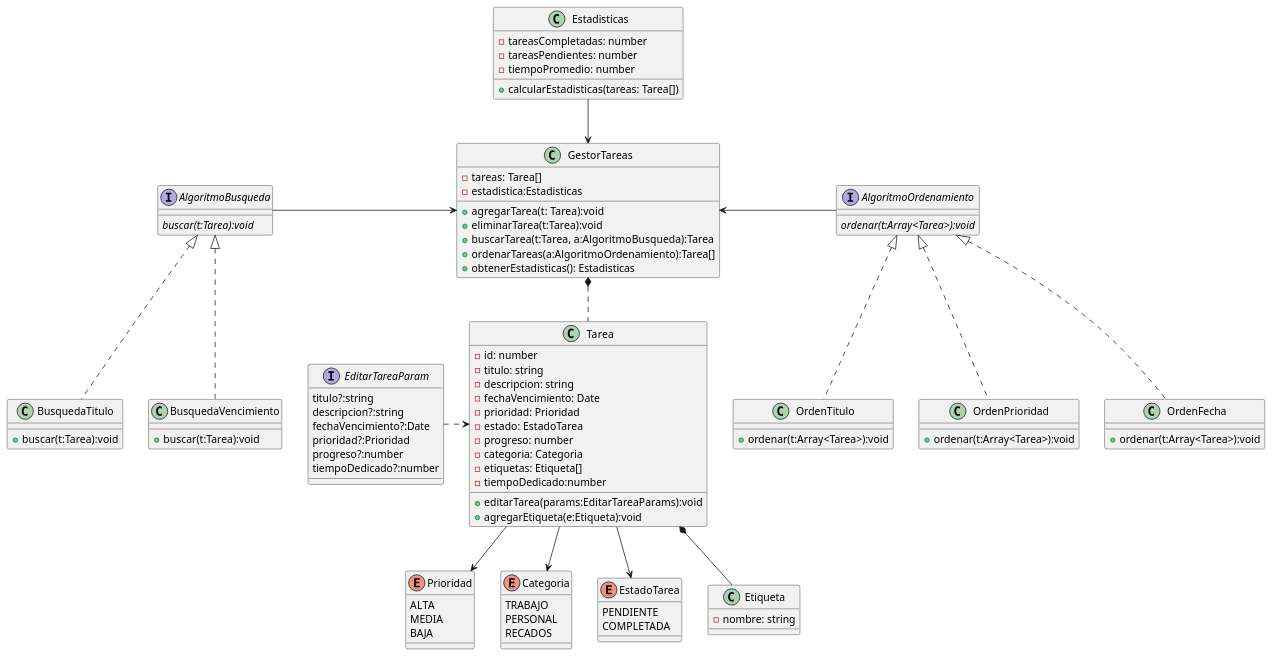
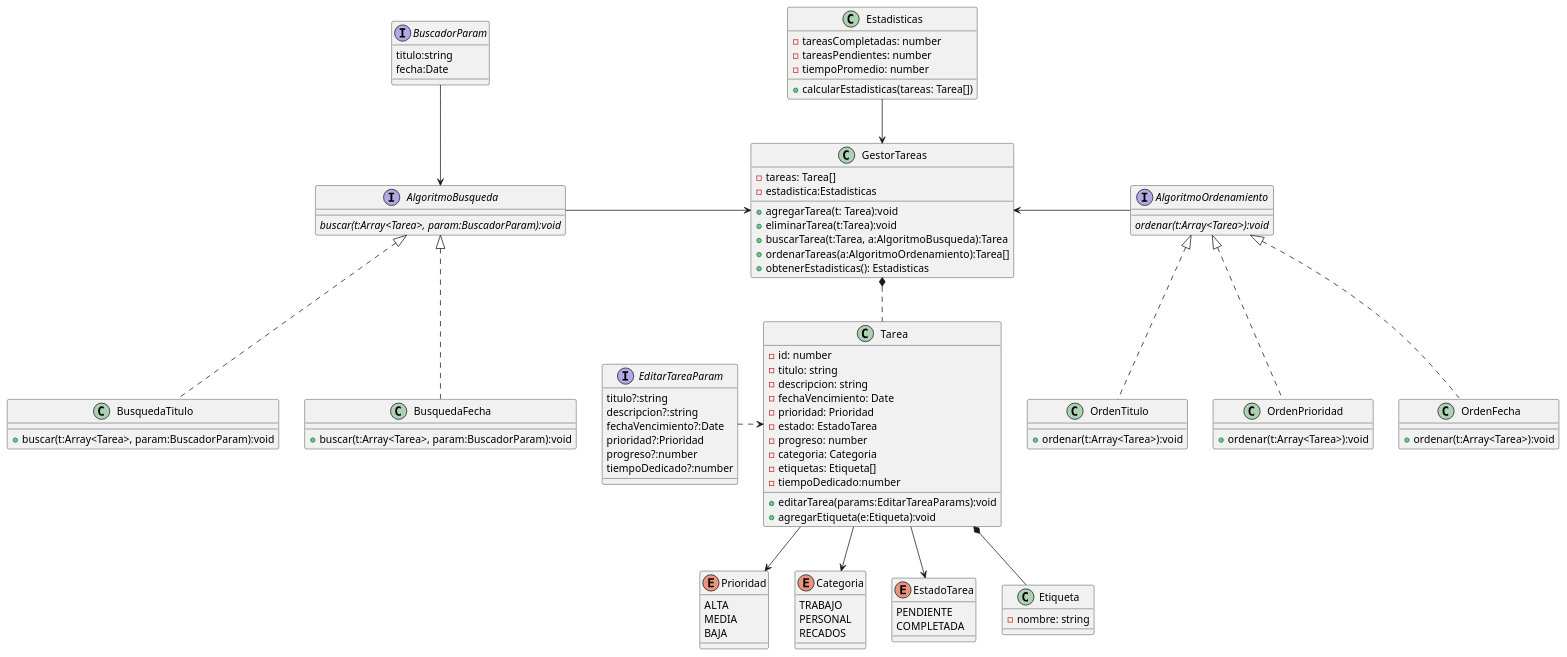
Before and after one commit to emmekka/todo_app: the diagram in todo_app/docs/diagramav2.puml, drawn with PlantUML. The commit also changed 12 other files, not shown here.

```diff
--- a/todo_app/docs/diagramav2.puml
+++ b/todo_app/docs/diagramav2.puml
@@ -1,106 +1,112 @@
 @startuml AppTareas
 
 enum Prioridad {
     ALTA
     MEDIA
     BAJA
 }
 
 enum Categoria {
     TRABAJO
     PERSONAL
     RECADOS
 }
 
 enum EstadoTarea {
     PENDIENTE
     COMPLETADA
 }
 
 interface EditarTareaParam {
     titulo?:string
     descripcion?:string
     fechaVencimiento?:Date
     prioridad?:Prioridad
     progreso?:number
     tiempoDedicado?:number
 }
 
 class Tarea {
     -id: number
     -titulo: string
     -descripcion: string
     -fechaVencimiento: Date
     -prioridad: Prioridad
     -estado: EstadoTarea
     -progreso: number
     -categoria: Categoria
     -etiquetas: Etiqueta[]
     -tiempoDedicado:number
 
     +editarTarea(params:EditarTareaParams):void
     +agregarEtiqueta(e:Etiqueta):void 
 }
 
 
 class GestorTareas {
     -tareas: Tarea[]
     -estadistica:Estadisticas
 
     +agregarTarea(t: Tarea):void
     +eliminarTarea(t:Tarea):void
     +buscarTarea(t:Tarea, a:AlgoritmoBusqueda):Tarea
     +ordenarTareas(a:AlgoritmoOrdenamiento):Tarea[]
     +obtenerEstadisticas(): Estadisticas
 }
 
 interface AlgoritmoBusqueda {
-    <i>buscar(t:Tarea):void
+    <i>buscar(t:Array<Tarea>, param:BuscadorParam):void
 }
 
 class BusquedaTitulo implements AlgoritmoBusqueda{
-    +buscar(t:Tarea):void
+    +buscar(t:Array<Tarea>, param:BuscadorParam):void
 }
 
-class BusquedaVencimiento implements AlgoritmoBusqueda{
-    +buscar(t:Tarea):void
+class BusquedaFecha implements AlgoritmoBusqueda{
+    +buscar(t:Array<Tarea>, param:BuscadorParam):void
+}
+
+interface BuscadorParam {
+    titulo:string
+    fecha:Date
 }
 
 interface AlgoritmoOrdenamiento {
     <i>ordenar(t:Array<Tarea>):void
 }
 
 class OrdenFecha implements AlgoritmoOrdenamiento{
     +ordenar(t:Array<Tarea>):void
 }
 
 class OrdenTitulo implements AlgoritmoOrdenamiento{
     +ordenar(t:Array<Tarea>):void
 }
 
 class OrdenPrioridad implements AlgoritmoOrdenamiento{
     +ordenar(t:Array<Tarea>):void
 }
 
 class Etiqueta {
     -nombre: string
 }
 
 class Estadisticas {
     -tareasCompletadas: number
     -tareasPendientes: number
     -tiempoPromedio: number
 
     +calcularEstadisticas(tareas: Tarea[])
 }
 
 Tarea --> Categoria
 Tarea *-- Etiqueta
 GestorTareas *.. Tarea
 GestorTareas <--u Estadisticas
 Tarea --> Prioridad
 Tarea --> EstadoTarea
 GestorTareas <---r AlgoritmoOrdenamiento
 GestorTareas <--l AlgoritmoBusqueda
 Tarea<..l EditarTareaParam
+BuscadorParam --> AlgoritmoBusqueda
 @enduml
```
